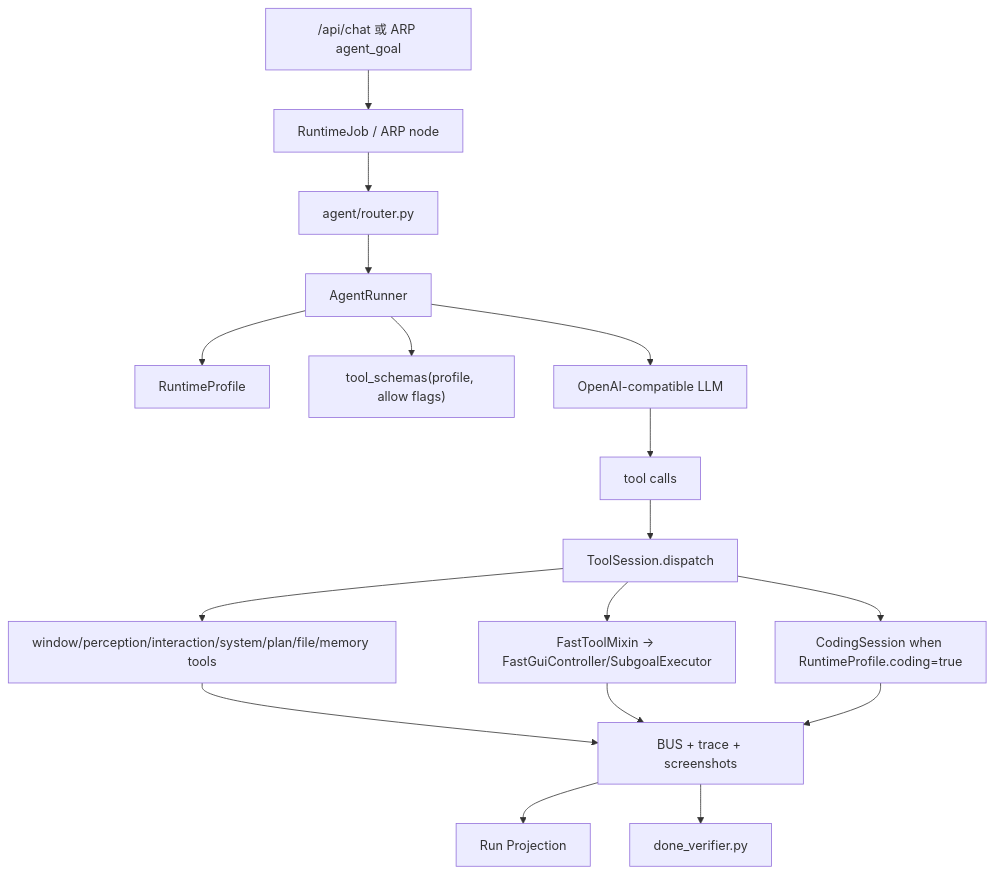
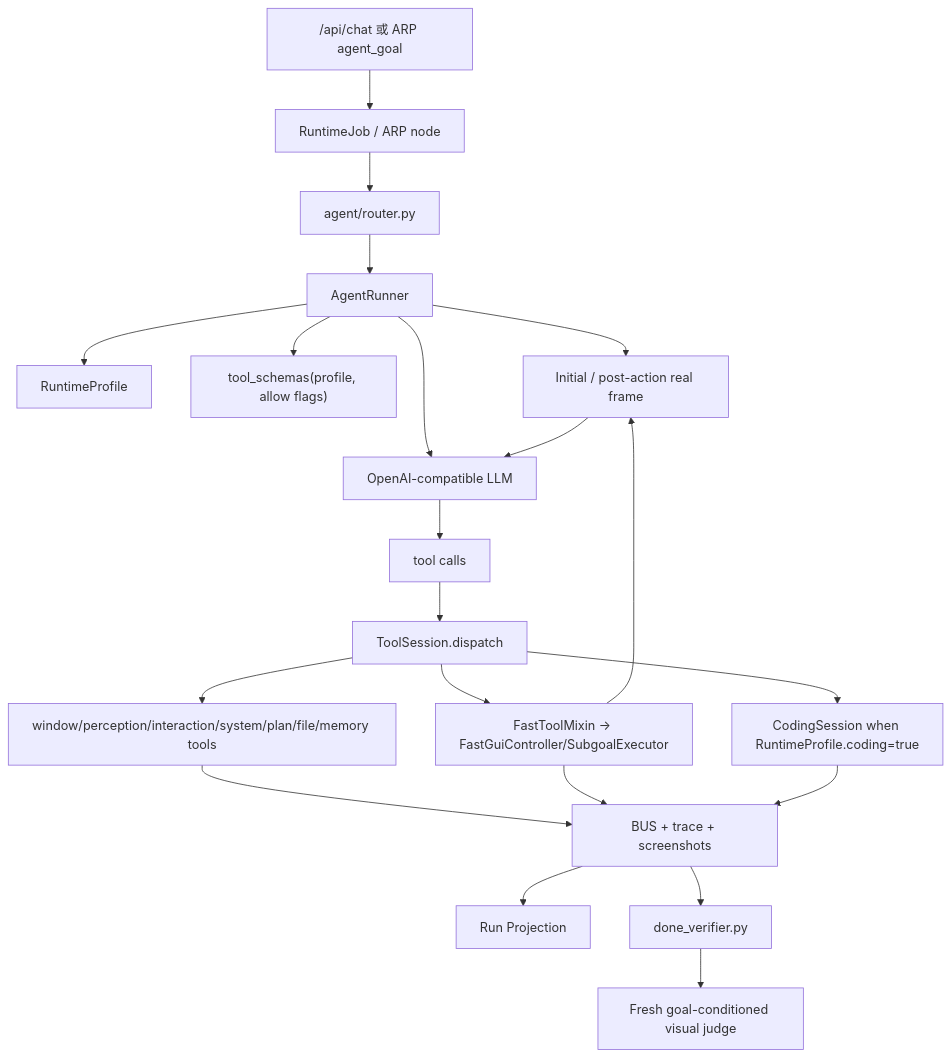
The second of 2 diagrams in docs/architecture.md (zoujiapeng/lingdong-script), drawn with Mermaid before and after one commit. The commit also changed other lines of this file and 50 other files, not shown here.

````diff
--- a/docs/architecture.md
+++ b/docs/architecture.md
@@ -72,19 +74,23 @@
 ```mermaid
 flowchart TD
   Chat["/api/chat 或 ARP agent_goal"] --> Job["RuntimeJob / ARP node"]
   Job --> Router["agent/router.py"]
   Router --> Runner["AgentRunner"]
   Runner --> Profile["RuntimeProfile"]
   Runner --> Schema["tool_schemas(profile, allow flags)"]
+  Runner --> Frame["Initial / post-action real frame"]
   Runner --> LLM["OpenAI-compatible LLM"]
+  Frame --> LLM
   LLM --> Calls["tool calls"]
   Calls --> Dispatch["ToolSession.dispatch"]
   Dispatch --> Mixins["window/perception/interaction/system/plan/file/memory tools"]
   Dispatch --> Fast["FastToolMixin -> FastGuiController/SubgoalExecutor"]
   Dispatch --> Coding["CodingSession when RuntimeProfile.coding=true"]
   Mixins --> Trace["BUS + trace + screenshots"]
   Fast --> Trace
+  Fast --> Frame
   Coding --> Trace
   Trace --> Projection["Run Projection"]
   Trace --> Done["done_verifier.py"]
+  Done --> Judge["Fresh goal-conditioned visual judge"]
 ```
````
